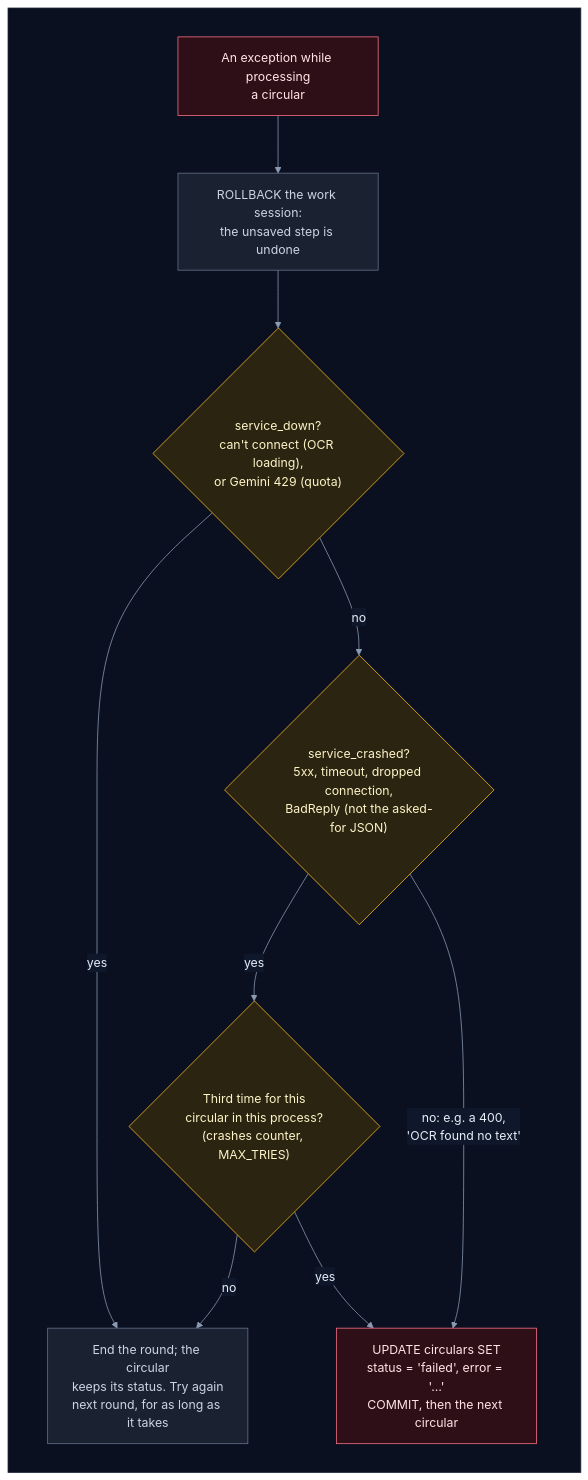
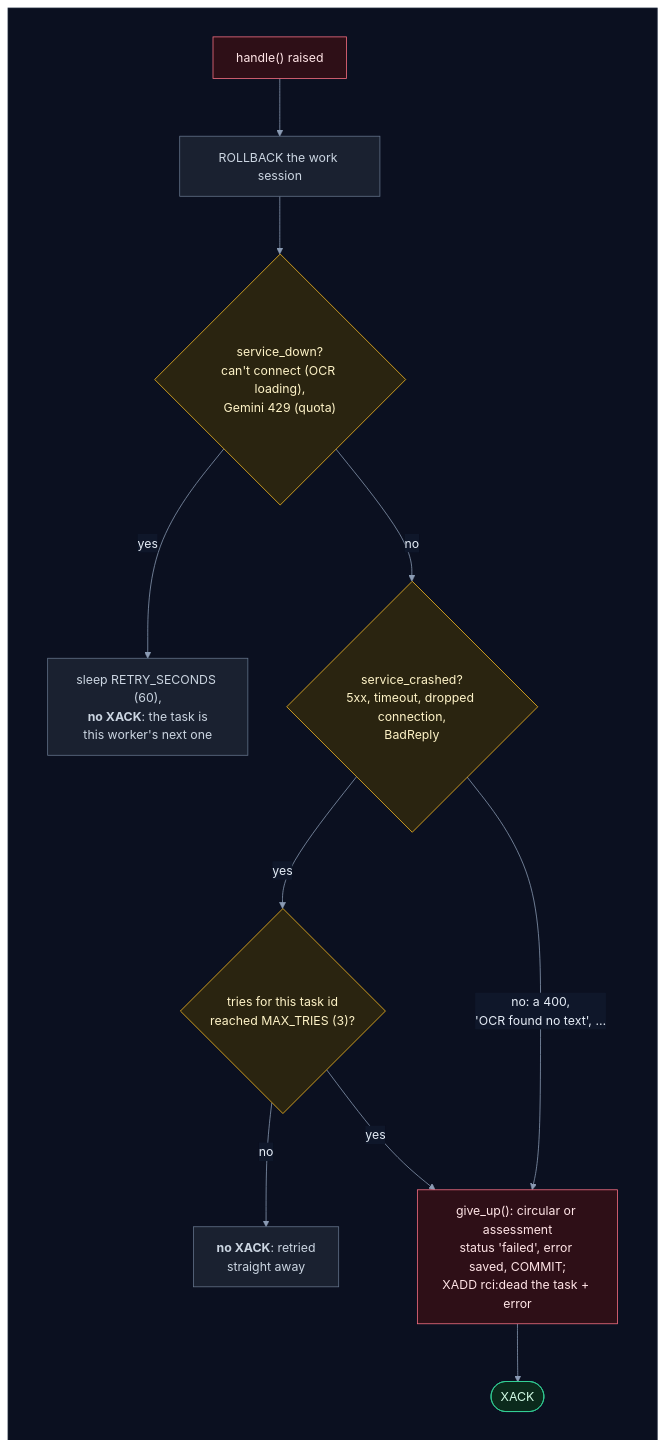
Diagram 18 of 19 in backend/worker/INTERNALS.md (selvakumarperumal/Regulatory_Circular_Impact_Agent), drawn with Mermaid before and after one commit. The commit also changed other lines of this file and 8 other files, not shown here.

Commit message:
Document the task queue and multi-company design

````diff
--- a/backend/worker/INTERNALS.md
+++ b/backend/worker/INTERNALS.md
@@ -921,30 +917,33 @@
 ```mermaid
 %%{init: {"theme": "base", "flowchart": {"diagramPadding": 0}, "themeVariables": {"darkMode": true, "primaryColor": "#16213a", "primaryTextColor": "#e6edf7", "primaryBorderColor": "#475a7a", "lineColor": "#8b9bb4", "secondaryColor": "#1b2436", "tertiaryColor": "#101a2e", "edgeLabelBackground": "#0f172a", "textColor": "#e2e8f0", "clusterBkg": "#0f1728", "clusterBorder": "#2b3a55", "titleColor": "#c4b5fd", "nodeTextColor": "#e6edf7"}}}%%
 flowchart TD
     subgraph canvas[" "]
         direction TB
-        err["An exception while processing<br/>a circular"] --> rb["ROLLBACK the work session:<br/>the unsaved step is undone"]
-        rb --> down{"service_down?<br/>can't connect (OCR loading),<br/>or Gemini 429 (quota)"}
-        down -->|"yes"| wait["End the round; the circular<br/>keeps its status. Try again<br/>next round, for as long as it takes"]
-        down -->|"no"| crashed{"service_crashed?<br/>5xx, timeout, dropped connection,<br/>BadReply (not the asked-for JSON)"}
-        crashed -->|"yes"| count{"Third time for this<br/>circular in this process?<br/>(crashes counter, MAX_TRIES)"}
-        count -->|"no"| wait
-        count -->|"yes"| failed
-        crashed -->|"no: e.g. a 400,<br/>'OCR found no text'"| failed["UPDATE circulars SET<br/>status = 'failed', error = '…'<br/>COMMIT, then the next circular"]
+        err["handle() raised"] --> rb["ROLLBACK the work session"]
+        rb --> down{"service_down?<br/>can't connect (OCR loading),<br/>Gemini 429 (quota)"}
+        down -->|"yes"| wait["sleep RETRY_SECONDS (60),<br/><b>no XACK</b>: the task is<br/>this worker's next one"]
+        down -->|"no"| crashed{"service_crashed?<br/>5xx, timeout, dropped connection,<br/>BadReply"}
+        crashed -->|"yes"| count{"tries for this task id<br/>reached MAX_TRIES (3)?"}
+        count -->|"no"| retry["<b>no XACK</b>: retried<br/>straight away"]
+        count -->|"yes"| give
+        crashed -->|"no: a 400,<br/>'OCR found no text', …"| give["give_up(): circular or assessment<br/>status 'failed', error saved, COMMIT;<br/>XADD rci:dead the task + error"]
+        give --> ack(["XACK"])
     end
     classDef svc fill:#0e2a2c,stroke:#2dd4bf,color:#ccfbf1
     classDef data fill:#1c1a47,stroke:#818cf8,color:#e0e7ff
     classDef ext fill:#2a1640,stroke:#c084fc,color:#f3e8ff
     classDef gpu fill:#2d1b0c,stroke:#fb923c,color:#ffedd5
     classDef ask fill:#2a2410,stroke:#fbbf24,color:#fef3c7
     classDef ok fill:#0b2a1c,stroke:#34d399,color:#d1fae5
     classDef bad fill:#2e0f17,stroke:#fb7185,color:#ffe4e6
     classDef start fill:#1c2a0e,stroke:#a7ef6f,color:#ecfccb
     classDef muted fill:#1a2130,stroke:#64748b,color:#cbd5e1
+    classDef queue fill:#0c2231,stroke:#38bdf8,color:#e0f2fe
     class err bad
     class rb muted
     class down,crashed,count ask
-    class wait muted
-    class failed bad
+    class wait,retry muted
+    class give bad
+    class ack ok
     style canvas fill:#0b1020,stroke:#1e293b,color:#0b1020
 ```
````
